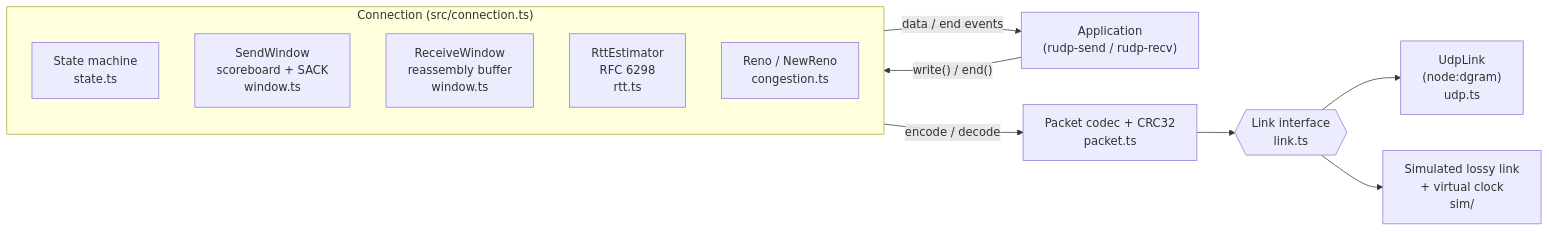
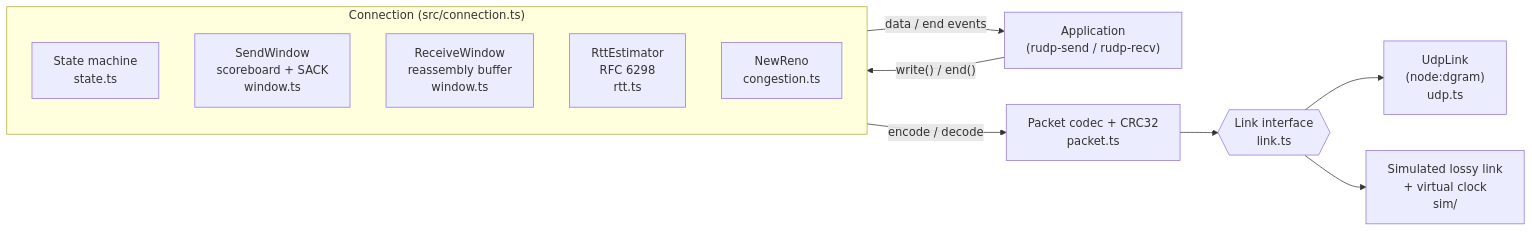
The diagram in README.md (Navneesh004/rudp), drawn with Mermaid before and after one commit. The commit also changed other lines of this file and 5 other files, not shown here.

First line of the commit message:
Name congestion control accurately: NewReno

````diff
--- a/README.md
+++ b/README.md
@@ -38,18 +38,18 @@
 ```mermaid
 flowchart LR
     App["Application<br/>(rudp-send / rudp-recv)"] -->|"write() / end()"| Conn
     Conn -->|"data / end events"| App
 
     subgraph Conn["Connection (src/connection.ts)"]
         SM["State machine<br/>state.ts"]
         SW["SendWindow<br/>scoreboard + SACK<br/>window.ts"]
         RW["ReceiveWindow<br/>reassembly buffer<br/>window.ts"]
         RTT["RttEstimator<br/>RFC 6298<br/>rtt.ts"]
-        CC["Reno / NewReno<br/>congestion.ts"]
+        CC["NewReno<br/>congestion.ts"]
     end
 
     Conn -->|"encode / decode"| PKT["Packet codec + CRC32<br/>packet.ts"]
     PKT --> Link{{"Link interface<br/>link.ts"}}
     Link --> UDP["UdpLink<br/>(node:dgram)<br/>udp.ts"]
     Link --> SIM["Simulated lossy link<br/>+ virtual clock<br/>sim/"]
 ```
````
